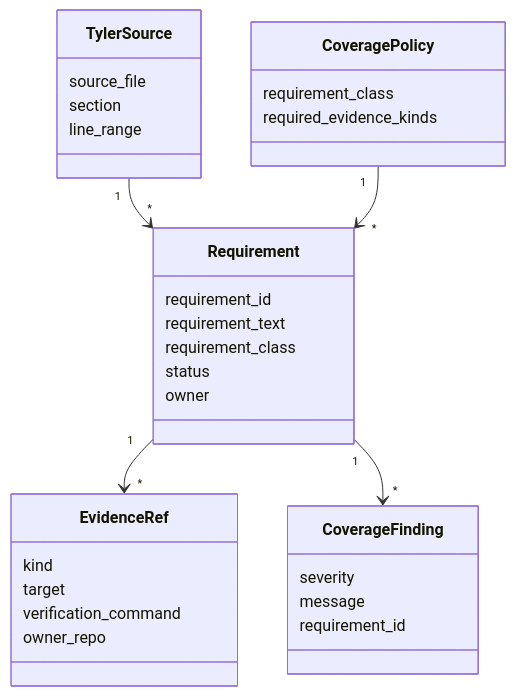
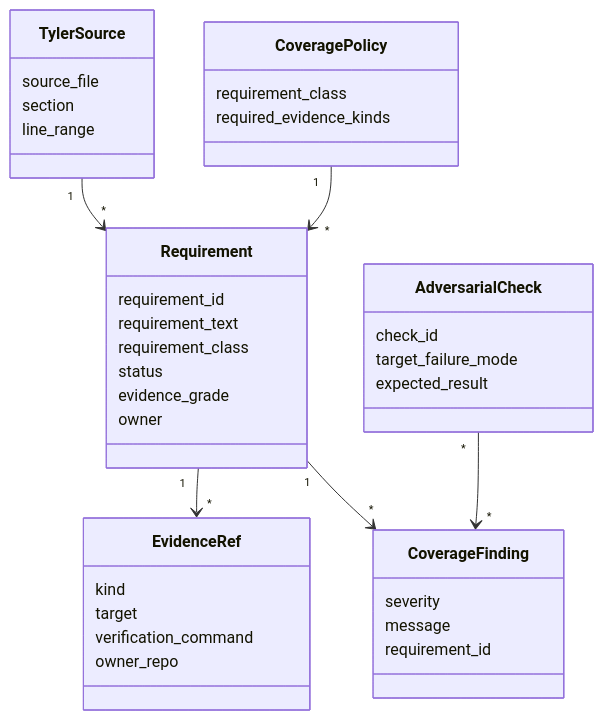
The second of 3 diagrams in docs/plans/tyler_requirements_traceability_program.md (BrianMills2718/grounded-research), drawn with Mermaid before and after one commit. The commit also changed other lines of this file and 5 other files, not shown here.

````diff
--- a/docs/plans/tyler_requirements_traceability_program.md
+++ b/docs/plans/tyler_requirements_traceability_program.md
@@ -102,34 +105,41 @@
 ```mermaid
 classDiagram
     class TylerSource {
       source_file
       section
       line_range
     }
     class Requirement {
       requirement_id
       requirement_text
       requirement_class
       status
+      evidence_grade
       owner
     }
     class EvidenceRef {
       kind
       target
       verification_command
       owner_repo
     }
     class CoveragePolicy {
       requirement_class
       required_evidence_kinds
     }
     class CoverageFinding {
       severity
       message
       requirement_id
     }
+    class AdversarialCheck {
+      check_id
+      target_failure_mode
+      expected_result
+    }
     TylerSource "1" --> "*" Requirement
     Requirement "1" --> "*" EvidenceRef
     CoveragePolicy "1" --> "*" Requirement
     Requirement "1" --> "*" CoverageFinding
+    AdversarialCheck "*" --> "*" CoverageFinding
 ```
````
